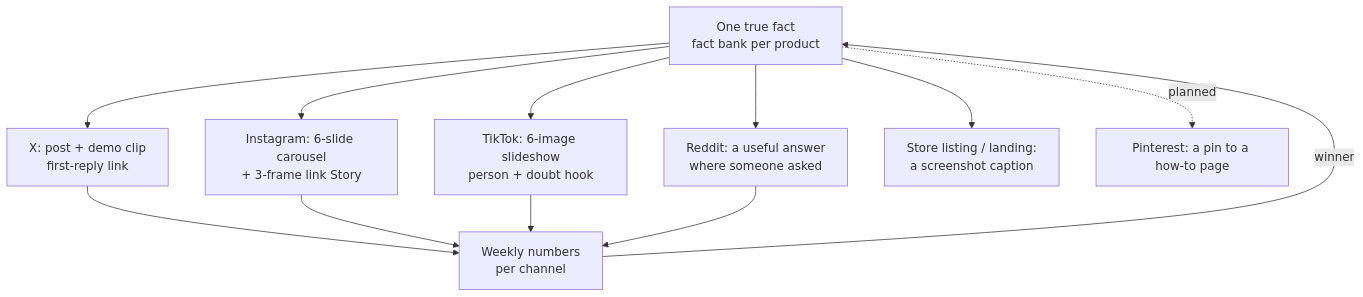
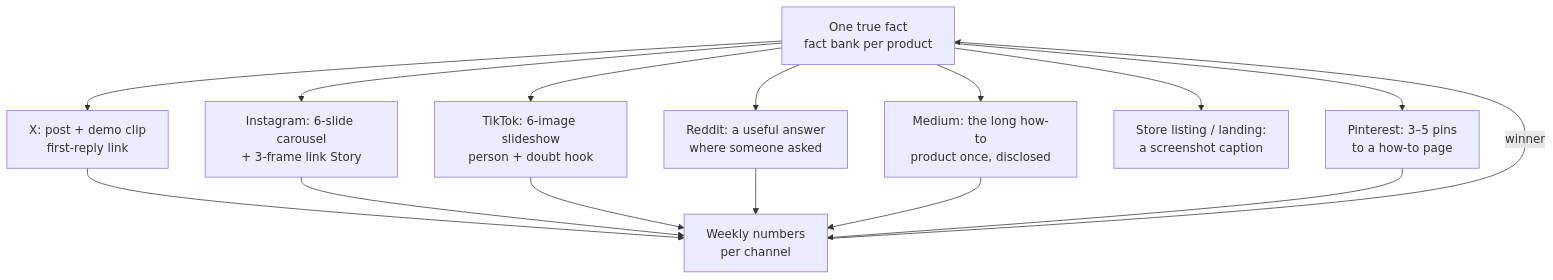
One commit to OneClickTool/product-growth-playbook changed the second of 3 diagrams in marketing/README-marketing-social.md. Above: the diagram before and after it, drawn with Mermaid. The commit also changed other lines of this file and 56 other files, not shown here.

First line of the commit message:
docs(marketing): add pinterest and medium kits and the instagram dm skill

````diff
--- a/marketing/README-marketing-social.md
+++ b/marketing/README-marketing-social.md
@@ -96,11 +99,12 @@
 ```mermaid
 flowchart TD
     F["One true fact<br/>fact bank per product"] --> XA["X: post + demo clip<br/>first-reply link"]
     F --> IA["Instagram: 6-slide carousel<br/>+ 3-frame link Story"]
     F --> TA["TikTok: 6-image slideshow<br/>person + doubt hook"]
     F --> RA["Reddit: a useful answer<br/>where someone asked"]
+    F --> MA["Medium: the long how-to<br/>product once, disclosed"]
     F --> LA["Store listing / landing:<br/>a screenshot caption"]
-    F -. planned .-> PA["Pinterest: a pin to a how-to page"]
-    XA & IA & TA & RA --> NUM["Weekly numbers<br/>per channel"]
+    F --> PA["Pinterest: 3–5 pins<br/>to a how-to page"]
+    XA & IA & TA & RA & MA & PA --> NUM["Weekly numbers<br/>per channel"]
     NUM -- "winner" --> F
 ```
````
